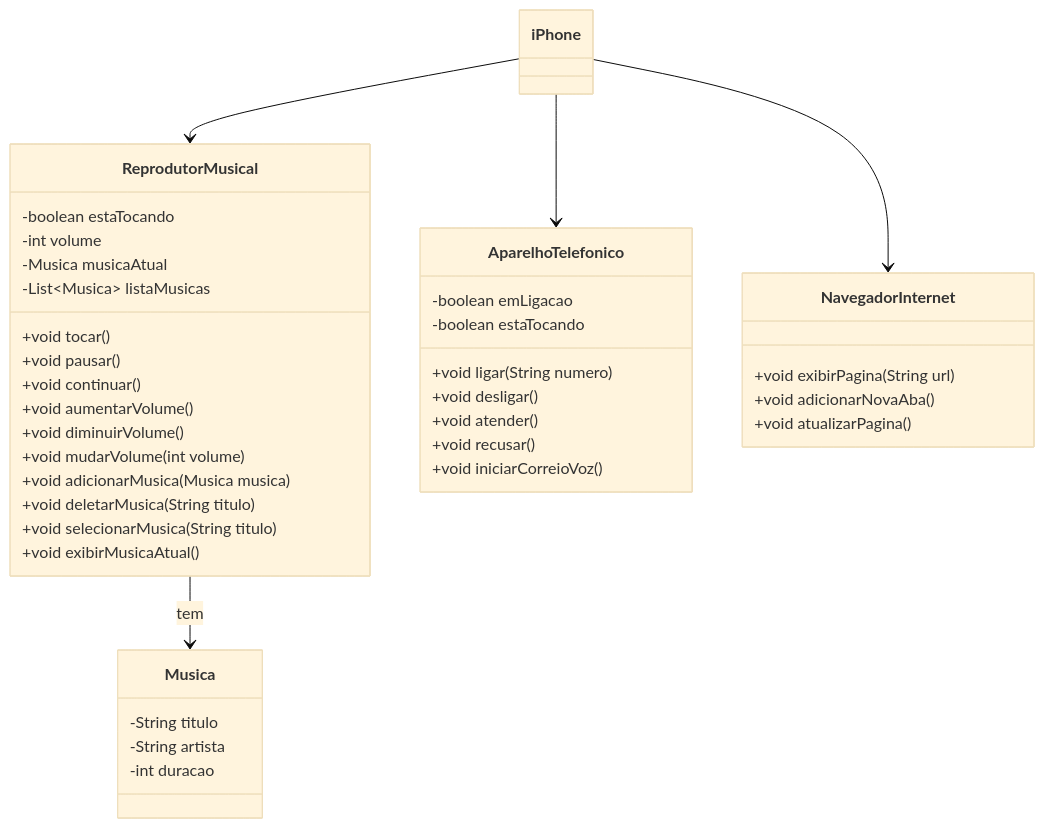
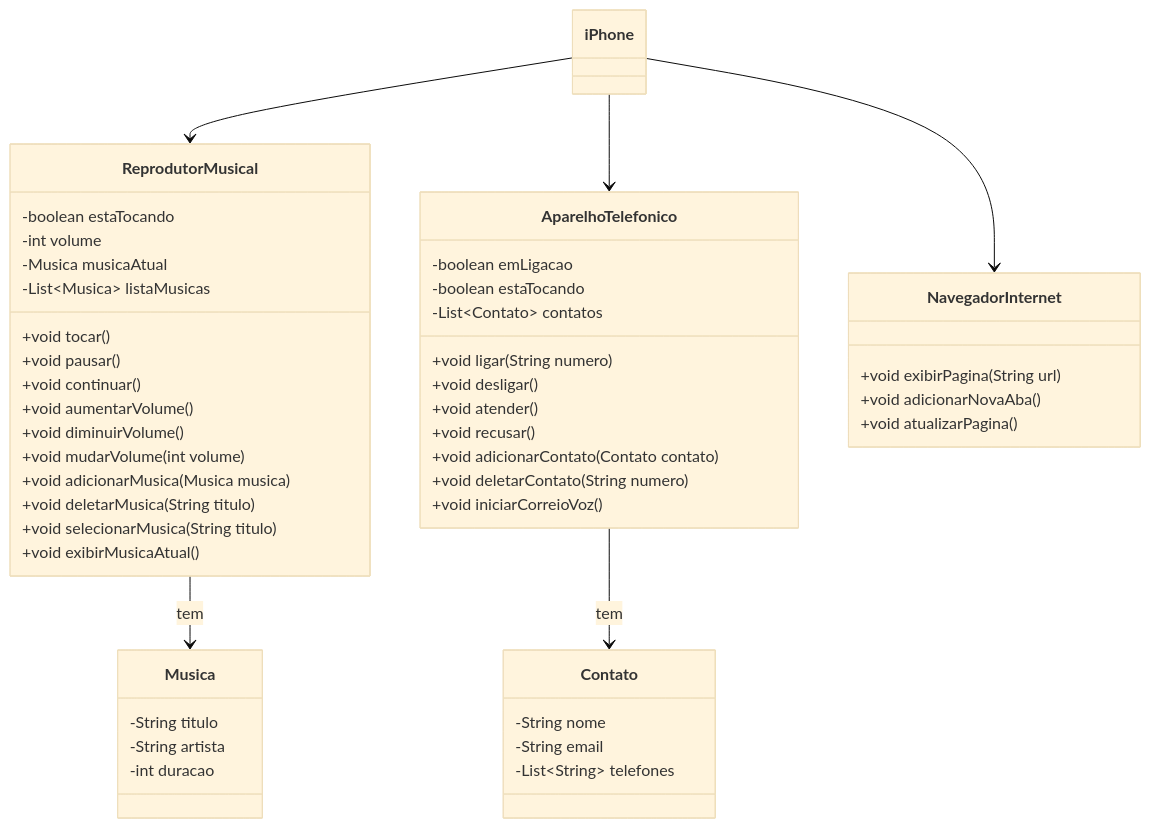
The first of 4 diagrams in README.md (GracilianoOG/dio-iphone-uml), drawn with Mermaid (base theme) before and after one commit.

Commit message:
Update AparelhoTelefonico of diagram
- Add attributes: contatos
- Add methods: adicionarContato, deletarContato

````diff
--- a/README.md
+++ b/README.md
@@ -16,54 +16,64 @@
 ```mermaid
 classDiagram
     direction TB
 
     class iPhone {
 
     }
 
     class ReprodutorMusical {
         -boolean estaTocando
         -int volume
         -Musica musicaAtual
         -List~Musica~ listaMusicas
 
         +void tocar()
         +void pausar()
         +void continuar()
         +void aumentarVolume()
         +void diminuirVolume()
         +void mudarVolume(int volume)
         +void adicionarMusica(Musica musica)
         +void deletarMusica(String titulo)
         +void selecionarMusica(String titulo)
         +void exibirMusicaAtual()
     }
 
     class AparelhoTelefonico {
         -boolean emLigacao
         -boolean estaTocando
+        -List~Contato~ contatos
 
         +void ligar(String numero)
         +void desligar()
         +void atender()
         +void recusar()
+        +void adicionarContato(Contato contato)
+        +void deletarContato(String numero)
         +void iniciarCorreioVoz()
     }
 
     class NavegadorInternet {
         +void exibirPagina(String url)
         +void adicionarNovaAba()
         +void atualizarPagina()
     }
 
     class Musica {
         -String titulo
         -String artista
         -int duracao
     }
 
+    class Contato {
+        -String nome
+        -String email
+        -List~String~ telefones
+    }
+
     iPhone --> ReprodutorMusical
     iPhone --> AparelhoTelefonico
     iPhone --> NavegadorInternet
     ReprodutorMusical --> Musica : tem
+    AparelhoTelefonico --> Contato : tem
 ```
````
